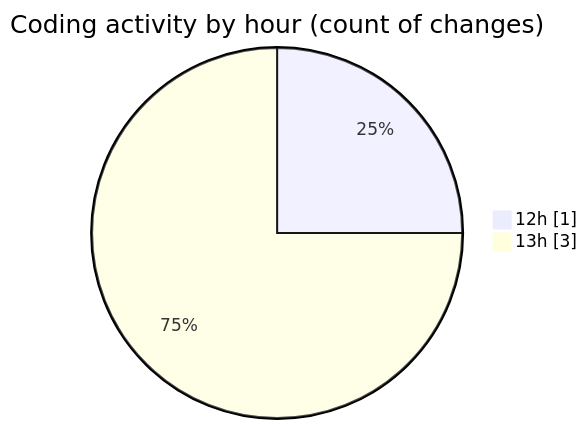
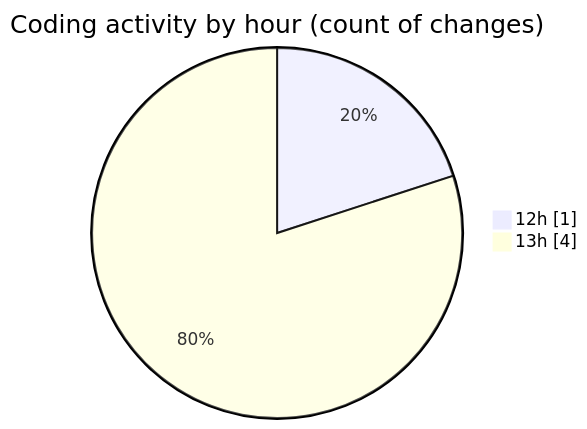
Before and after one commit to charlie-sans/code-tracking: the second of 2 diagrams in 2025-04-29/uhigh-lang/README.md, drawn with Mermaid. The commit also changed other lines of this file and 1 other file, not shown here.

````diff
--- a/2025-04-29/uhigh-lang/README.md
+++ b/2025-04-29/uhigh-lang/README.md
@@ -32,6 +33,6 @@
 ```mermaid
 pie showData
 title Coding activity by hour (count of changes)
 "12h" : 1
-"13h" : 3
+"13h" : 4
 ```
````
